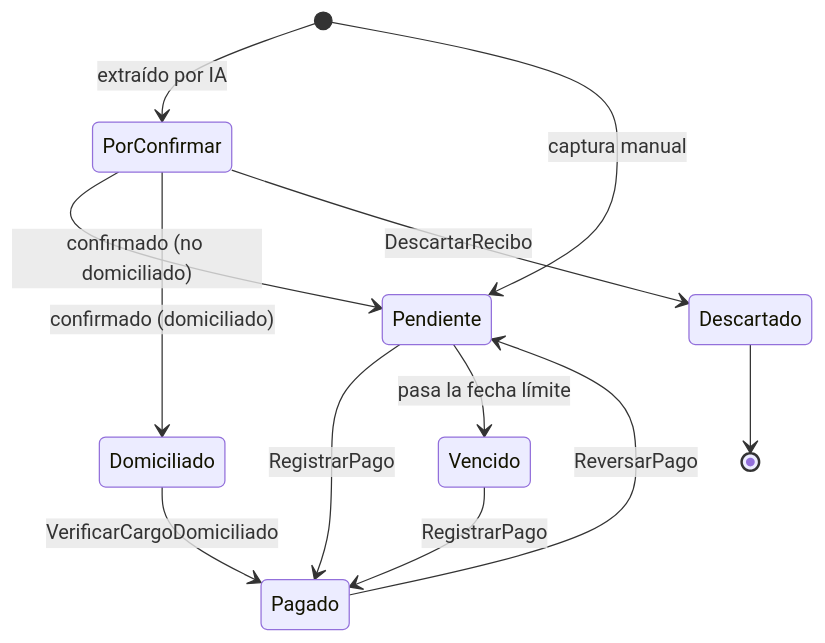
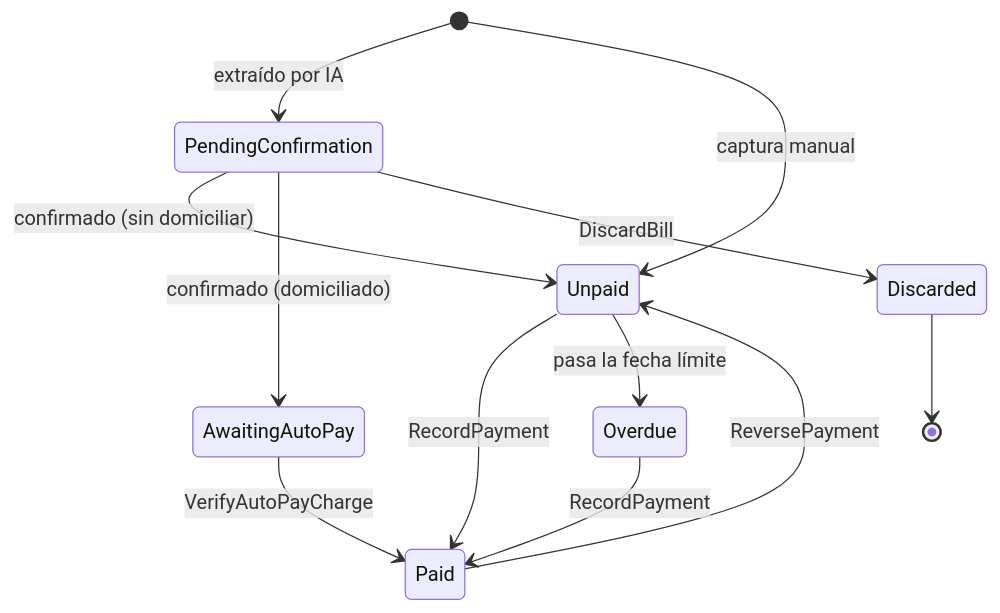
One commit to saulgmx/admin-rentas changed the second of 3 diagrams in docs/arquitectura/mapa-modulos.md. Above: the diagram before and after it, drawn with Mermaid. The commit also changed other lines of this file and 12 other files, not shown here.

````diff
--- a/docs/arquitectura/mapa-modulos.md
+++ b/docs/arquitectura/mapa-modulos.md
@@ -123,14 +123,14 @@
 ```mermaid
 stateDiagram-v2
-    [*] --> PorConfirmar: extraído por IA
-    [*] --> Pendiente: captura manual
-    PorConfirmar --> Pendiente: confirmado (no domiciliado)
-    PorConfirmar --> Domiciliado: confirmado (domiciliado)
-    PorConfirmar --> Descartado: DescartarRecibo
-    Descartado --> [*]
-    Pendiente --> Pagado: RegistrarPago
-    Domiciliado --> Pagado: VerificarCargoDomiciliado
-    Pagado --> Pendiente: ReversarPago
-    Pendiente --> Vencido: pasa la fecha límite
-    Vencido --> Pagado: RegistrarPago
+    [*] --> PendingConfirmation: extraído por IA
+    [*] --> Unpaid: captura manual
+    PendingConfirmation --> Unpaid: confirmado (sin domiciliar)
+    PendingConfirmation --> AwaitingAutoPay: confirmado (domiciliado)
+    PendingConfirmation --> Discarded: DiscardBill
+    Discarded --> [*]
+    Unpaid --> Paid: RecordPayment
+    AwaitingAutoPay --> Paid: VerifyAutoPayCharge
+    Paid --> Unpaid: ReversePayment
+    Unpaid --> Overdue: pasa la fecha límite
+    Overdue --> Paid: RecordPayment
 ```
````
